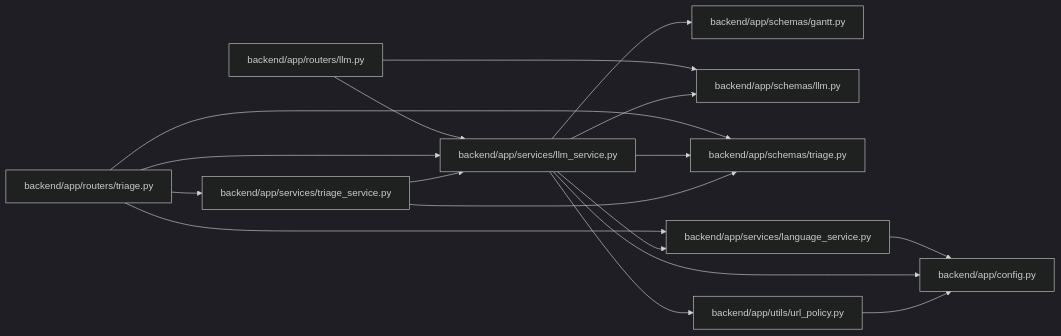
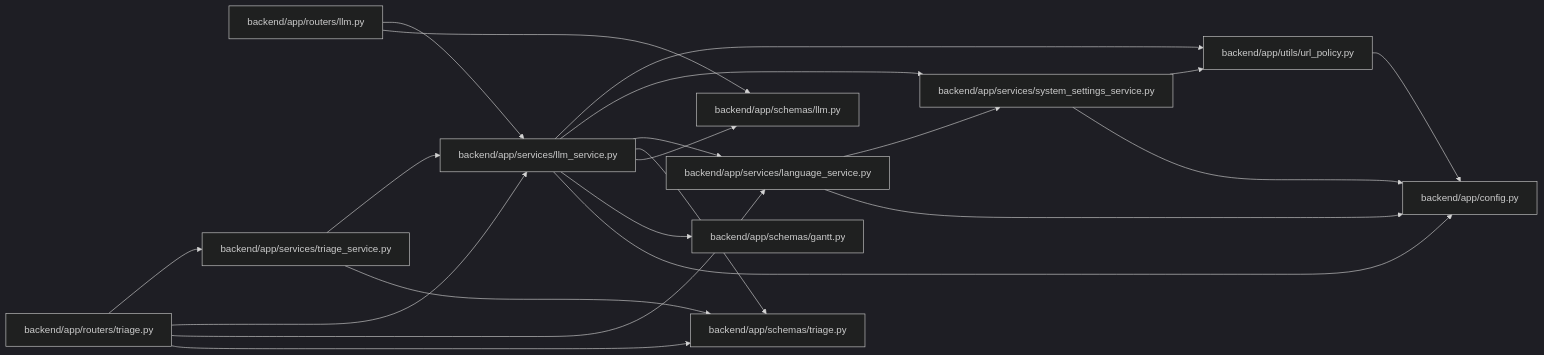
Before and after one commit to Denissvgn/WorkChord: the diagram in docs/llm_wiki/modules/llm_service.md, drawn with Mermaid (dark theme). The commit also changed other lines of this file and 25171 other files, not shown here.

````diff
--- a/docs/llm_wiki/modules/llm_service.md
+++ b/docs/llm_wiki/modules/llm_service.md
@@ -30,39 +31,45 @@
 ```mermaid
 flowchart LR
     n0["backend/app/config.py"]
     n1["backend/app/routers/llm.py"]
     n2["backend/app/routers/triage.py"]
     n3["backend/app/schemas/gantt.py"]
     n4["backend/app/schemas/llm.py"]
     n5["backend/app/schemas/triage.py"]
     n6["backend/app/services/language_service.py"]
     n7["backend/app/services/llm_service.py"]
-    n8["backend/app/services/triage_service.py"]
-    n9["backend/app/utils/url_policy.py"]
+    n8["backend/app/services/system_settings_service.py"]
+    n9["backend/app/services/triage_service.py"]
+    n10["backend/app/utils/url_policy.py"]
     n1 --> n4
     n1 --> n7
     n2 --> n5
     n2 --> n6
     n2 --> n7
-    n2 --> n8
+    n2 --> n9
     n6 --> n0
+    n6 --> n8
     n7 --> n0
     n7 --> n3
     n7 --> n4
     n7 --> n5
     n7 --> n6
-    n7 --> n9
-    n8 --> n5
-    n8 --> n7
-    n9 --> n0
+    n7 --> n8
+    n7 --> n10
+    n8 --> n0
+    n8 --> n10
+    n9 --> n5
+    n9 --> n7
+    n10 --> n0
     click n0 "../modules/config.md"
     click n1 "../modules/routers_llm.md"
     click n2 "../modules/routers_triage.md"
     click n3 "../modules/schemas_gantt.md"
     click n4 "../modules/schemas_llm.md"
     click n5 "../modules/schemas_triage.md"
     click n6 "../modules/language_service.md"
     click n7 "../modules/llm_service.md"
-    click n8 "../modules/triage_service.md"
-    click n9 "../modules/url_policy.md"
+    click n8 "../modules/system_settings_service.md"
+    click n9 "../modules/triage_service.md"
+    click n10 "../modules/url_policy.md"
 ```
````
